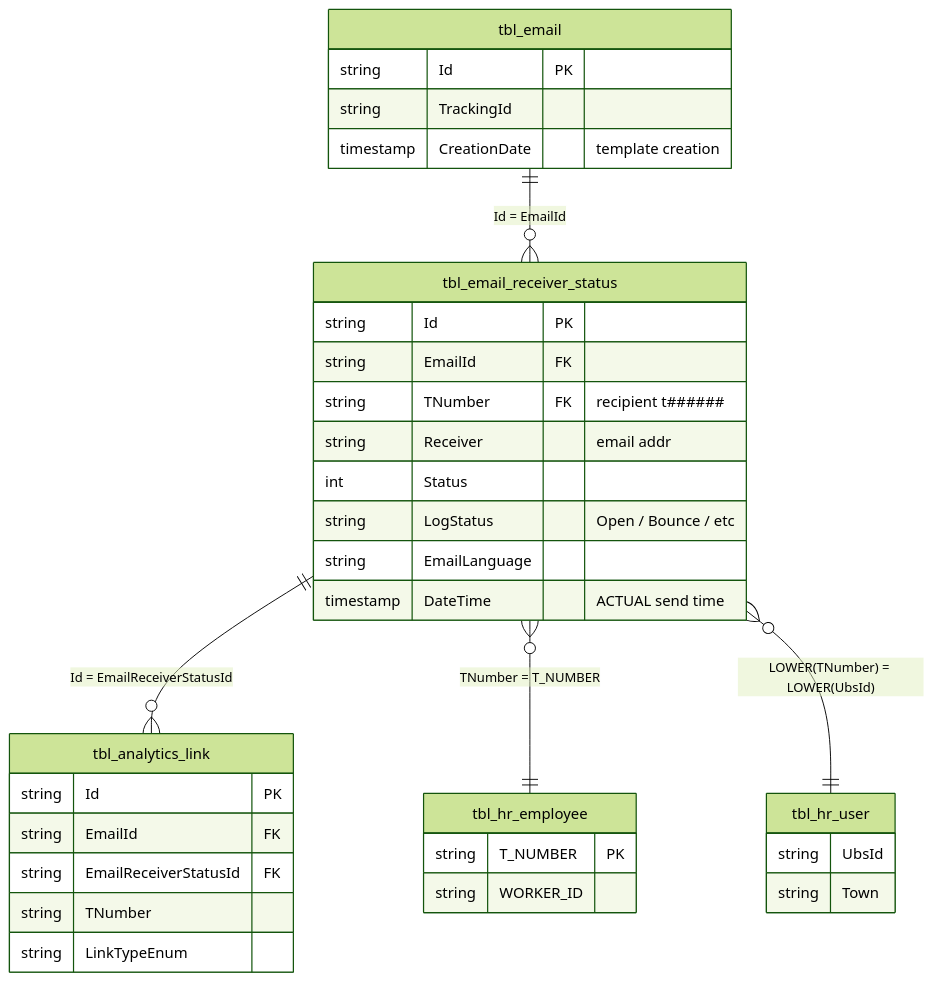
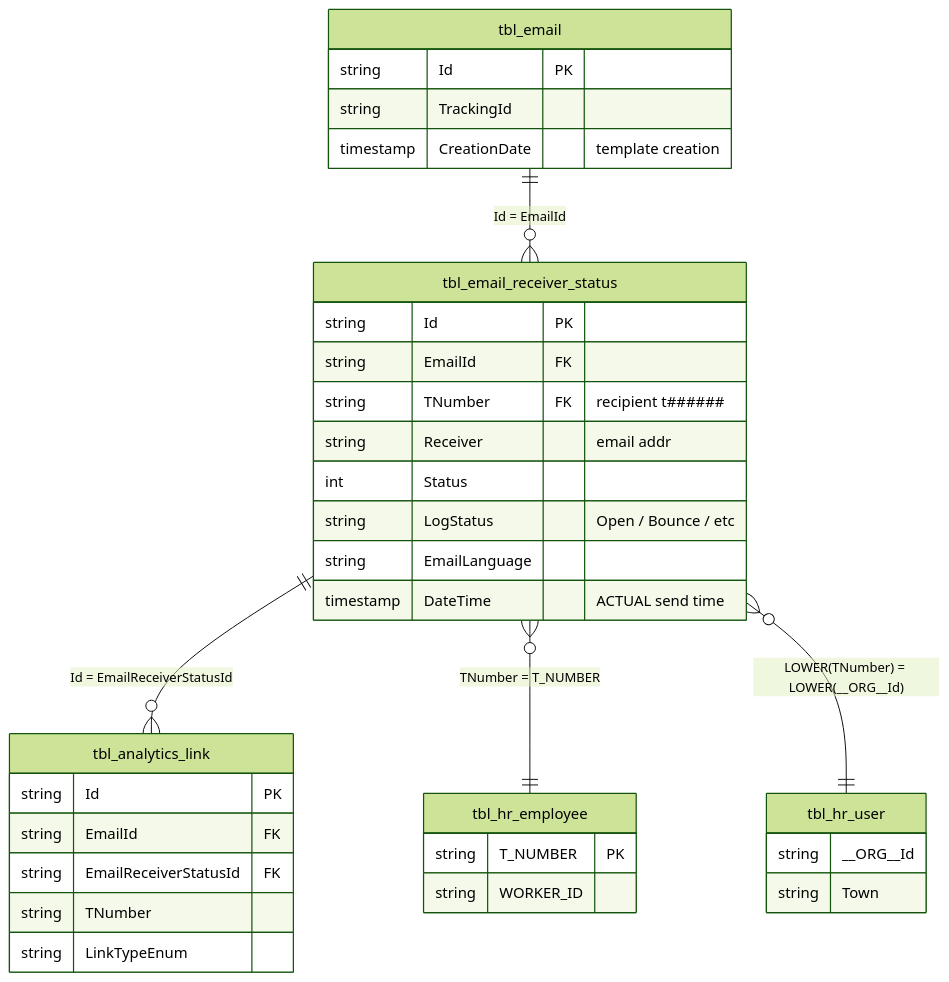
One commit to dallmi/Databricks changed the diagram in docs/tables/imep/tbl_email_receiver_status.md. Above: the diagram before and after it, drawn with Mermaid (forest theme). The commit also changed 85 other files, not shown here.

````diff
--- a/docs/tables/imep/tbl_email_receiver_status.md
+++ b/docs/tables/imep/tbl_email_receiver_status.md
@@ -20,38 +20,38 @@
 ```mermaid
 erDiagram
     tbl_email                 ||--o{ tbl_email_receiver_status : "Id = EmailId"
     tbl_email_receiver_status ||--o{ tbl_analytics_link        : "Id = EmailReceiverStatusId"
     tbl_email_receiver_status }o--|| tbl_hr_employee           : "TNumber = T_NUMBER"
-    tbl_email_receiver_status }o--|| tbl_hr_user               : "LOWER(TNumber) = LOWER(UbsId)"
+    tbl_email_receiver_status }o--|| tbl_hr_user               : "LOWER(TNumber) = LOWER(__ORG__Id)"
 
     tbl_email_receiver_status {
         string Id PK
         string EmailId FK
         string TNumber FK "recipient t######"
         string Receiver "email addr"
         int Status
         string LogStatus "Open / Bounce / etc"
         string EmailLanguage
         timestamp DateTime "ACTUAL send time"
     }
     tbl_email {
         string Id PK
         string TrackingId
         timestamp CreationDate "template creation"
     }
     tbl_analytics_link {
         string Id PK
         string EmailId FK
         string EmailReceiverStatusId FK
         string TNumber
         string LinkTypeEnum
     }
     tbl_hr_employee {
         string T_NUMBER PK
         string WORKER_ID
     }
     tbl_hr_user {
-        string UbsId
+        string __ORG__Id
         string Town
     }
 ```
````
